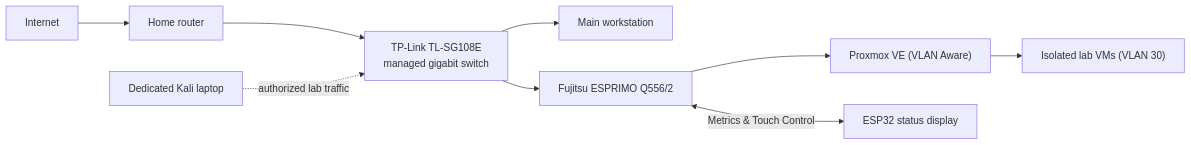
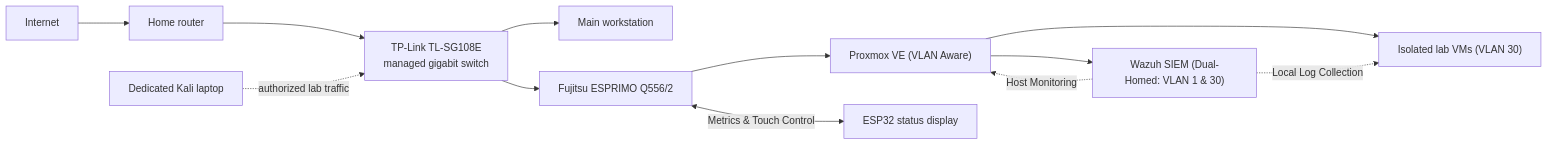
One commit to DariusMorariu/Cybersecurity-Portfolio changed the diagram in 01_Homelab/README.md. Above: the diagram before and after it, drawn with Mermaid. The commit also changed other lines of this file and 1 other file, not shown here.

````diff
--- a/01_Homelab/README.md
+++ b/01_Homelab/README.md
@@ -12,11 +12,14 @@
 ```mermaid
 flowchart LR
     Internet --> Router["Home router"]
     Router --> Switch["TP-Link TL-SG108E<br/>managed gigabit switch"]
     Switch --> Workstation["Main workstation"]
     Switch --> Server["Fujitsu ESPRIMO Q556/2"]
     Server --> Proxmox["Proxmox VE (VLAN Aware)"]
+    Proxmox --> SIEM["Wazuh SIEM (Dual-Homed: VLAN 1 & 30)"]
     Proxmox --> LabVMs["Isolated lab VMs (VLAN 30)"]
+    SIEM -.->|Local Log Collection| LabVMs
+    SIEM -.->|Host Monitoring| Proxmox
     Server <-->|Metrics & Touch Control| Display["ESP32 status display"]
     Laptop["Dedicated Kali laptop"] -. authorized lab traffic .-> Switch
 ```
````
